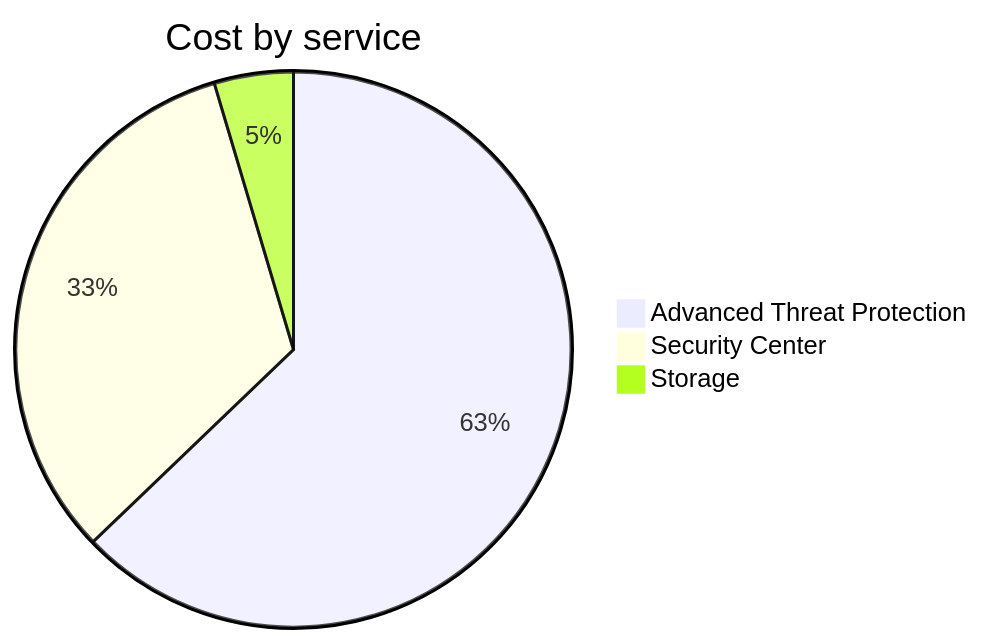
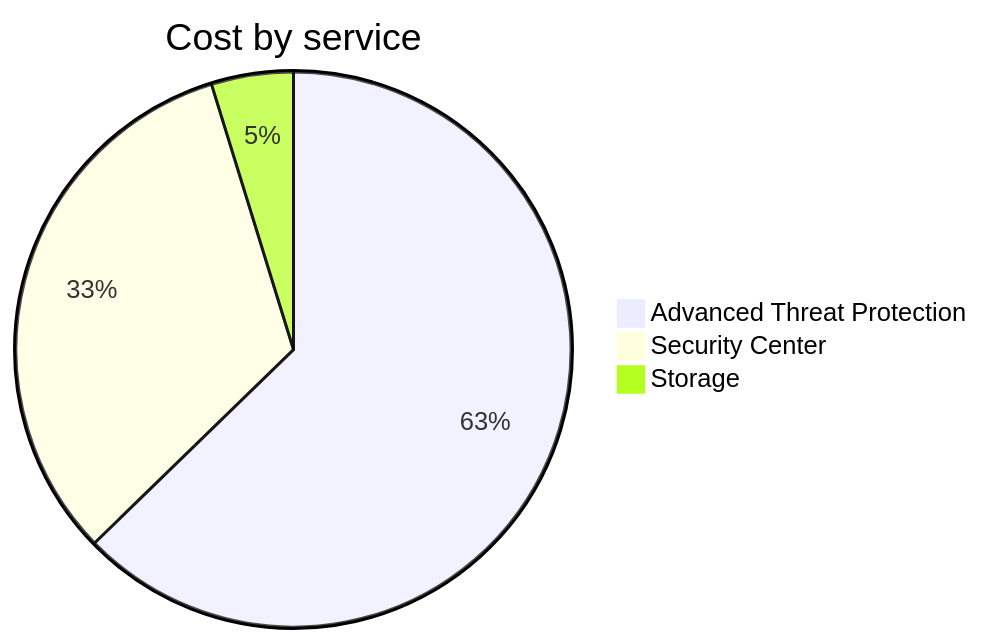
One commit to jpfulton/azure-personal-reports changed the second of 4 diagrams in cost-reports/cloud-shell-storage-eastus/README.md. Above: the diagram before and after it, drawn with Mermaid. The commit also changed other lines of this file and 1 other file, not shown here.

````diff
--- a/cost-reports/cloud-shell-storage-eastus/README.md
+++ b/cost-reports/cloud-shell-storage-eastus/README.md
@@ -95,7 +95,7 @@
 ```mermaid
 pie
    title Cost by service
    "Advanced Threat Protection" : 3.55
    "Security Center" : 1.84
-   "Storage" : 0.26
+   "Storage" : 0.27
 ```
````
